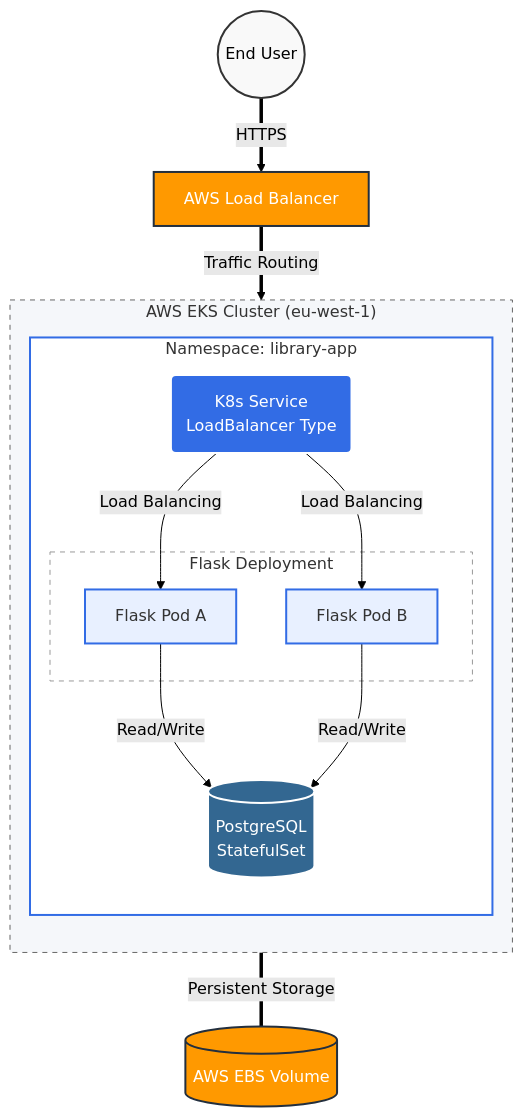
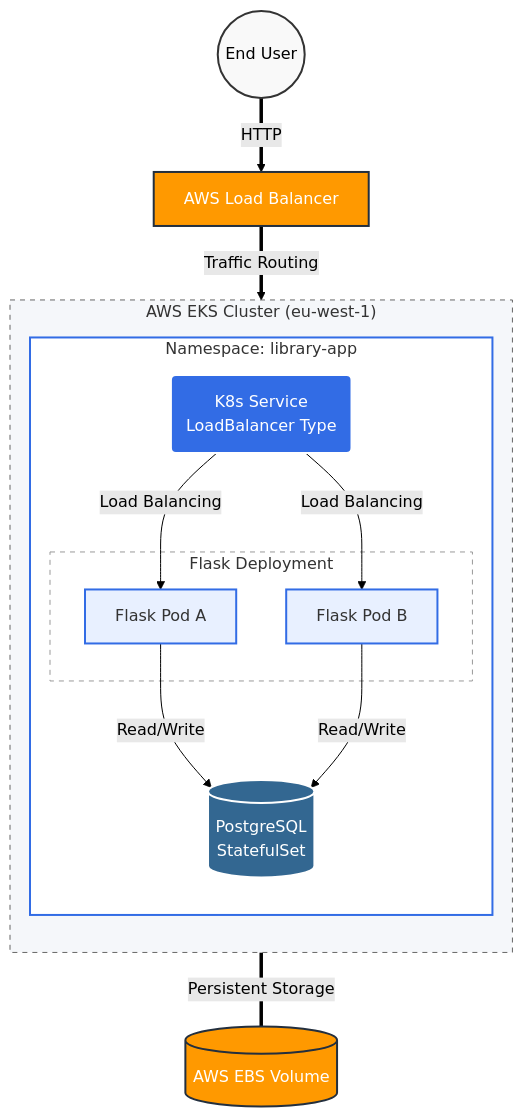
Before and after one commit to MuhammedAhmedAbdulaziz/LMS: the diagram in README.md, drawn with Mermaid (forest theme).

Commit message:
UPD: README

````diff
--- a/README.md
+++ b/README.md
@@ -30,48 +30,48 @@
 ```mermaid
 graph TD
     %% Styling Definitions
     classDef user fill:#f9f9f9,stroke:#333,stroke-width:2px;
     classDef aws fill:#FF9900,stroke:#232F3E,color:white,stroke-width:2px;
     classDef k8s fill:#326ce5,stroke:#fff,color:white,stroke-width:2px;
     classDef pod fill:#e8f0ff,stroke:#326ce5,stroke-width:2px,color:#333;
     classDef db fill:#336791,stroke:#fff,color:white,stroke-width:2px;
 
     %% External Access Layer
     User((End User)):::user
     LB[AWS Load Balancer]:::aws
     
     %% Infrastructure Layer
     subgraph EKS_Cluster ["AWS EKS Cluster (eu-west-1)"]
         direction TB
         style EKS_Cluster fill:#f5f7fa,stroke:#666,stroke-dasharray: 5 5
 
         %% Kubernetes Logic Layer
         subgraph K8s_NS ["Namespace: library-app"]
             style K8s_NS fill:#fff,stroke:#326ce5,stroke-width:2px
             
             K8sSvc(K8s Service <br> LoadBalancer Type):::k8s
             
             subgraph Replicas ["Flask Deployment"]
                 style Replicas fill:#fff,stroke:#999,stroke-dasharray: 5 5
                 Pod1[Flask Pod A]:::pod
                 Pod2[Flask Pod B]:::pod
             end
             
             Postgres[(PostgreSQL <br> StatefulSet)]:::db
         end
     end
     
     %% Storage Layer
     EBS[(AWS EBS Volume)]:::aws
 
     %% Connections / Data Flow
-    User ==>|HTTPS| LB
+    User ==>|HTTP| LB
     LB ==>|Traffic Routing| K8sSvc
     K8sSvc -->|Load Balancing| Pod1
     K8sSvc -->|Load Balancing| Pod2
     
     Pod1 -->|Read/Write| Postgres
     Pod2 -->|Read/Write| Postgres
     
     Postgres ===|Persistent Storage| EBS
 ```
````
